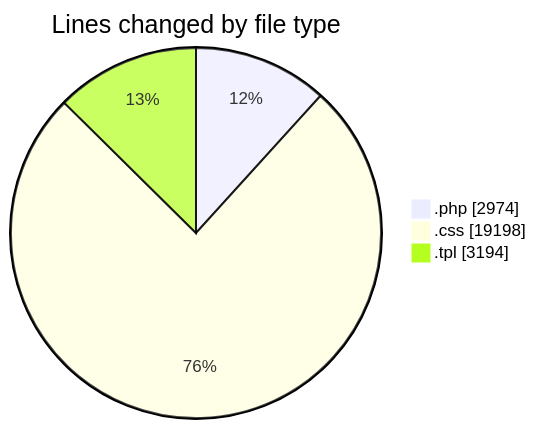
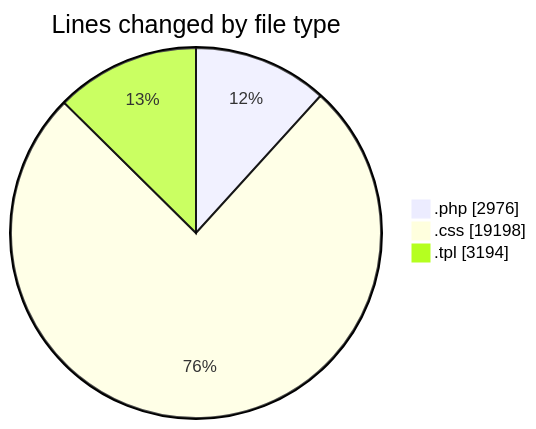
Before and after one commit to vahidmafi/code-tracking: the first of 2 diagrams in 2025-03-23/zeytoon/README.md, drawn with Mermaid. The commit also changed other lines of this file and 1 other file, not shown here.

````diff
--- a/2025-03-23/zeytoon/README.md
+++ b/2025-03-23/zeytoon/README.md
@@ -28,7 +28,7 @@
 ```mermaid
 pie showData
 title Lines changed by file type
-".php" : 2974
+".php" : 2976
 ".css" : 19198
 ".tpl" : 3194
 ```
````
